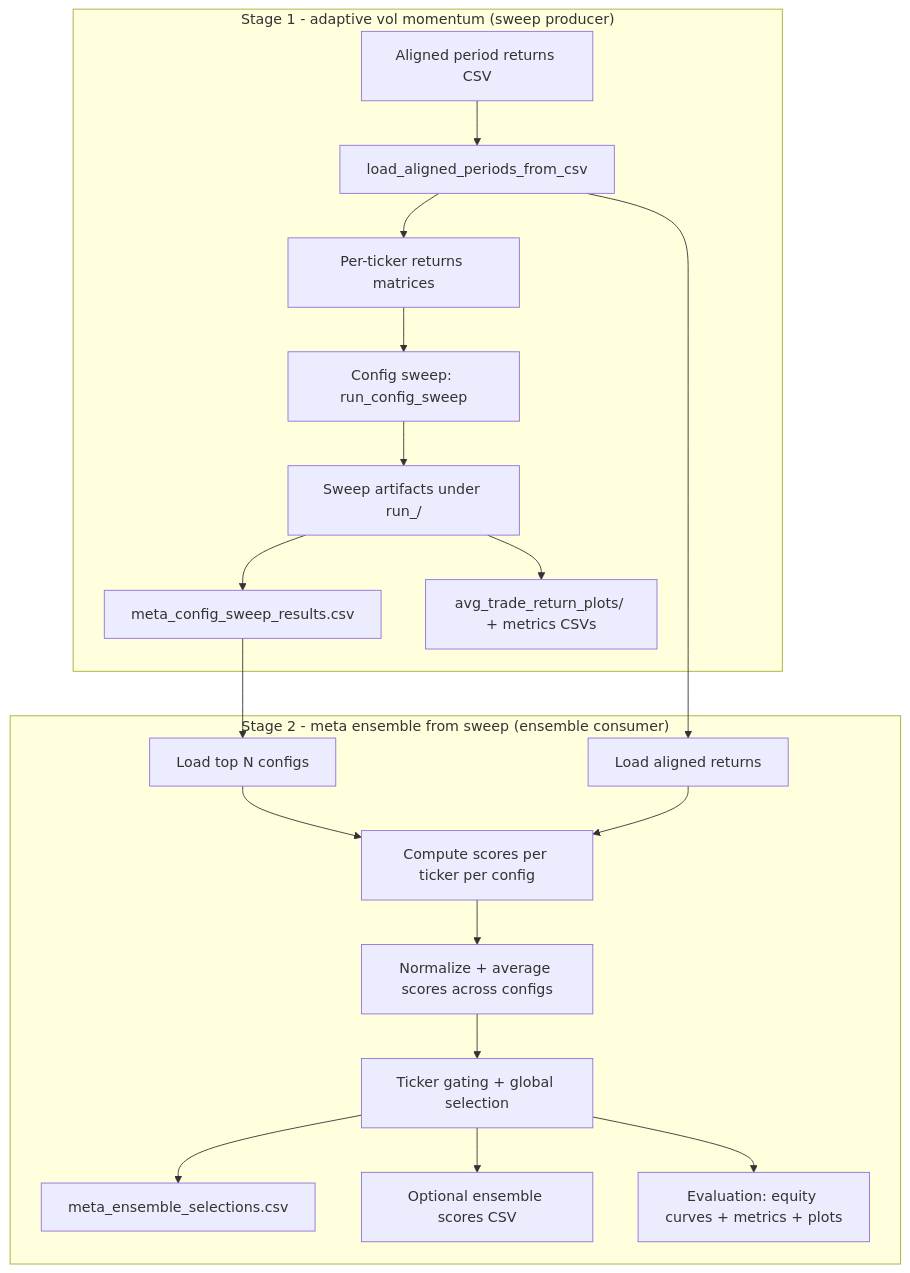
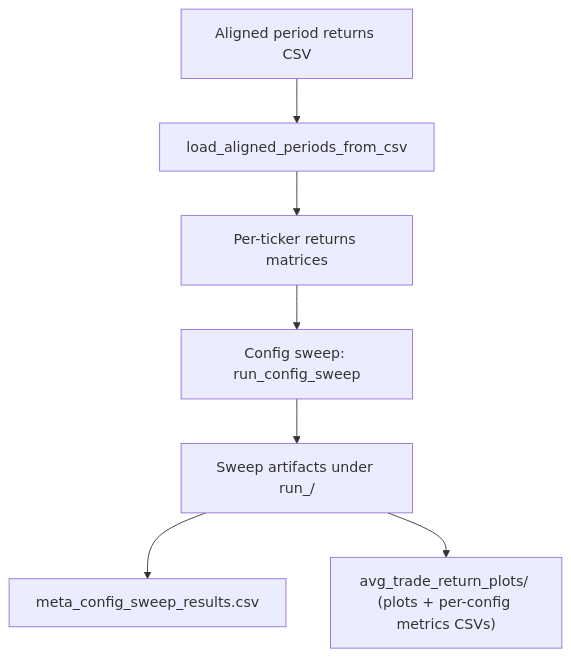
The first of 3 diagrams in META_MODEL_GUIDE.md (kayvonavishan/algo-meta-model-agent), drawn with Mermaid before and after one commit. The commit also changed other lines of this file and 2 other files, not shown here.

````diff
--- a/META_MODEL_GUIDE.md
+++ b/META_MODEL_GUIDE.md
@@ -15,22 +17,9 @@
 ```mermaid
 graph TD
-    subgraph Stage1["Stage 1 - adaptive vol momentum (sweep producer)"]
-        A["Aligned period returns CSV"] --> B["load_aligned_periods_from_csv"]
-        B --> C["Per-ticker returns matrices"]
-        C --> D["Config sweep: run_config_sweep"]
-        D --> E["Sweep artifacts under run_<ts>/"]
-        E --> E1["meta_config_sweep_results.csv"]
-        E --> E2["avg_trade_return_plots/ + metrics CSVs"]
-    end
-    subgraph Stage2["Stage 2 - meta ensemble from sweep (ensemble consumer)"]
-        E1 --> F["Load top N configs"]
-        B --> G["Load aligned returns"]
-        F --> H["Compute scores per ticker per config"]
-        G --> H
-        H --> I["Normalize + average scores across configs"]
-        I --> J["Ticker gating + global selection"]
-        J --> K["meta_ensemble_selections.csv"]
-        J --> L["Optional ensemble scores CSV"]
-        J --> M["Evaluation: equity curves + metrics + plots"]
-    end
+    A["Aligned period returns CSV"] --> B["load_aligned_periods_from_csv"]
+    B --> C["Per-ticker returns matrices"]
+    C --> D["Config sweep: run_config_sweep"]
+    D --> E["Sweep artifacts under run_<ts>/"]
+    E --> E1["meta_config_sweep_results.csv"]
+    E --> E2["avg_trade_return_plots/ (plots + per-config metrics CSVs)"]
 ```
````
